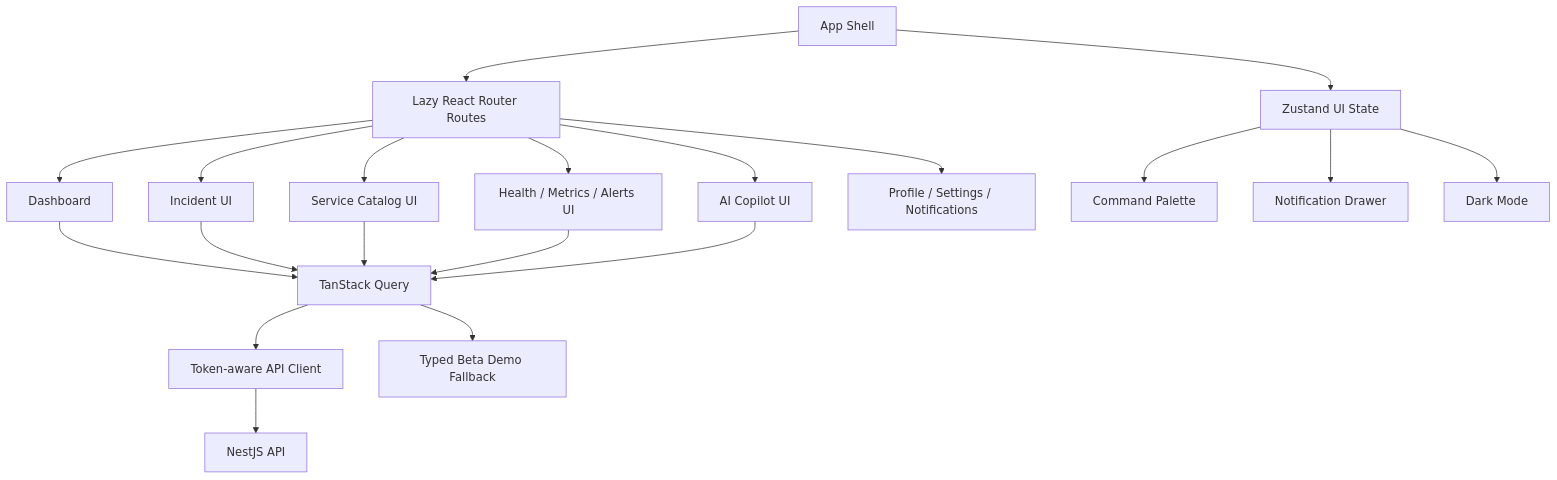
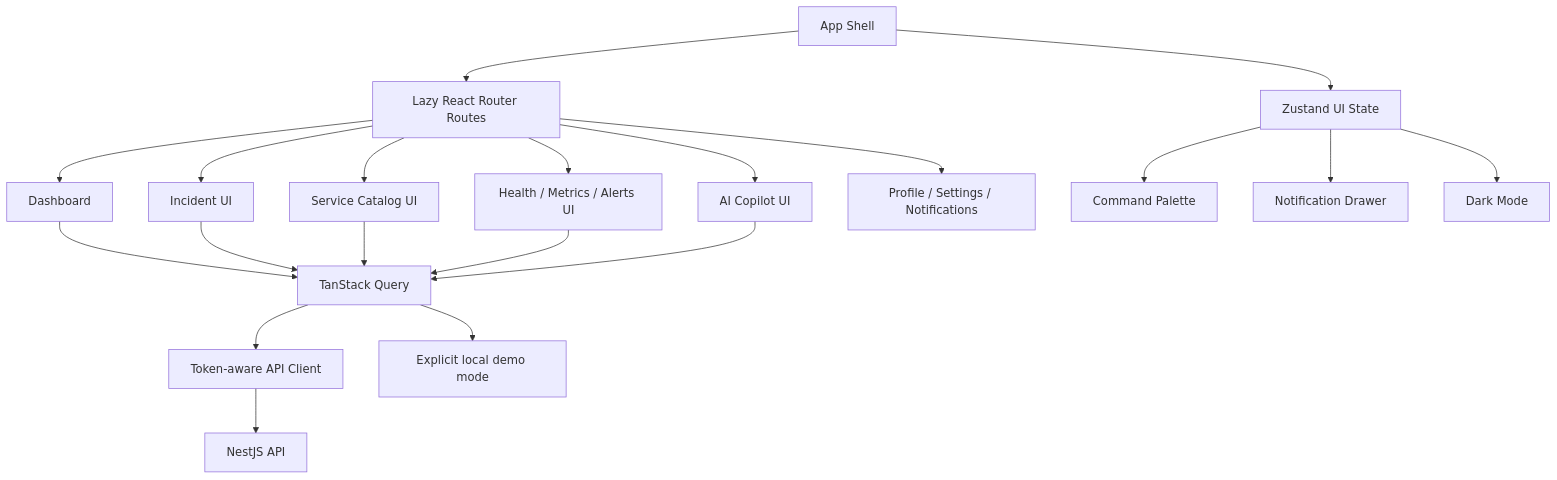
Before and after one commit to Ruchi2117/PlusOps: the third of 14 diagrams in docs/architecture/overview.md, drawn with Mermaid. The commit also changed other lines of this file and 8 other files, not shown here.

````diff
--- a/docs/architecture/overview.md
+++ b/docs/architecture/overview.md
@@ -55,24 +53,24 @@
 ```mermaid
 flowchart TD
   Shell["App Shell"] --> Router["Lazy React Router Routes"]
   Router --> Dashboard["Dashboard"]
   Router --> IncidentsUI["Incident UI"]
   Router --> ServicesUI["Service Catalog UI"]
   Router --> ObservabilityUI["Health / Metrics / Alerts UI"]
   Router --> AIUI["AI Copilot UI"]
   Router --> WorkspaceUI["Profile / Settings / Notifications"]
 
   Dashboard --> Query["TanStack Query"]
   IncidentsUI --> Query
   ServicesUI --> Query
   ObservabilityUI --> Query
   AIUI --> Query
   Query --> APIClient["Token-aware API Client"]
   APIClient --> API["NestJS API"]
-  Query --> DemoData["Typed Beta Demo Fallback"]
+  Query --> DemoData["Explicit local demo mode"]
 
   Shell --> UIState["Zustand UI State"]
   UIState --> CommandPalette["Command Palette"]
   UIState --> NotificationDrawer["Notification Drawer"]
   UIState --> Theme["Dark Mode"]
 ```
````
